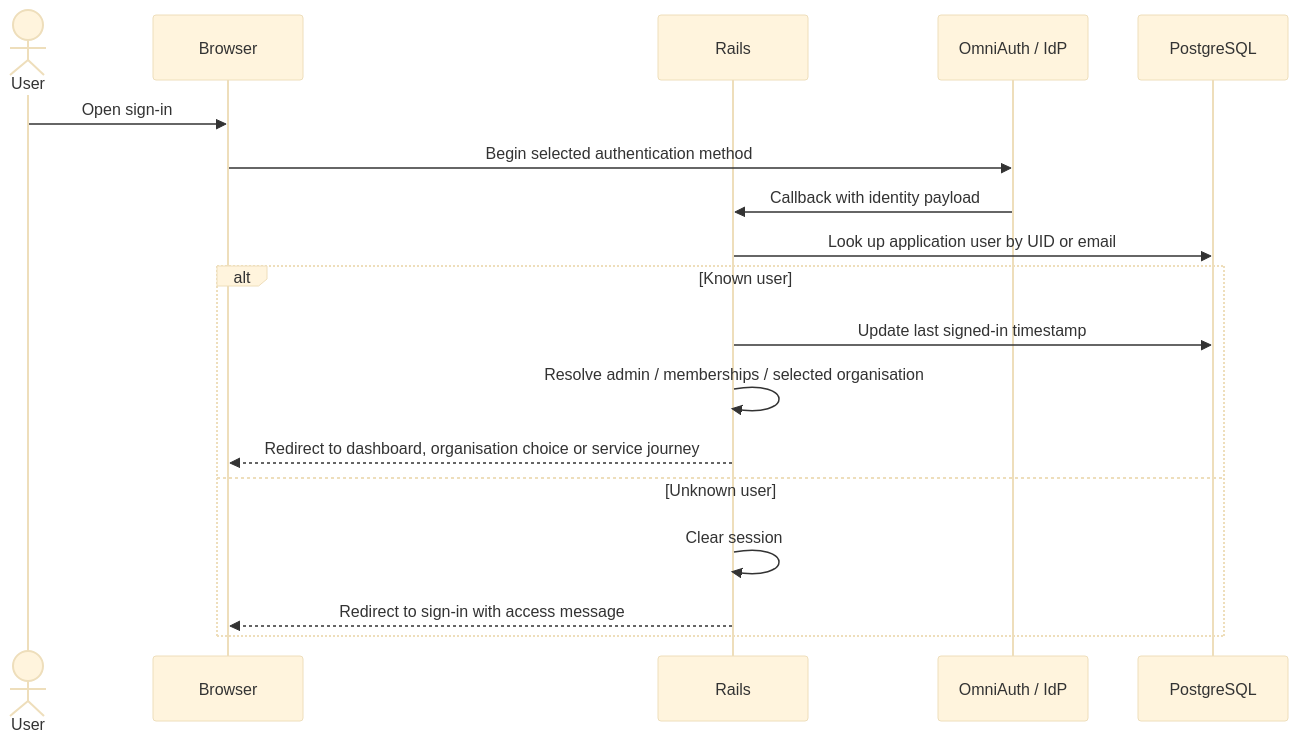
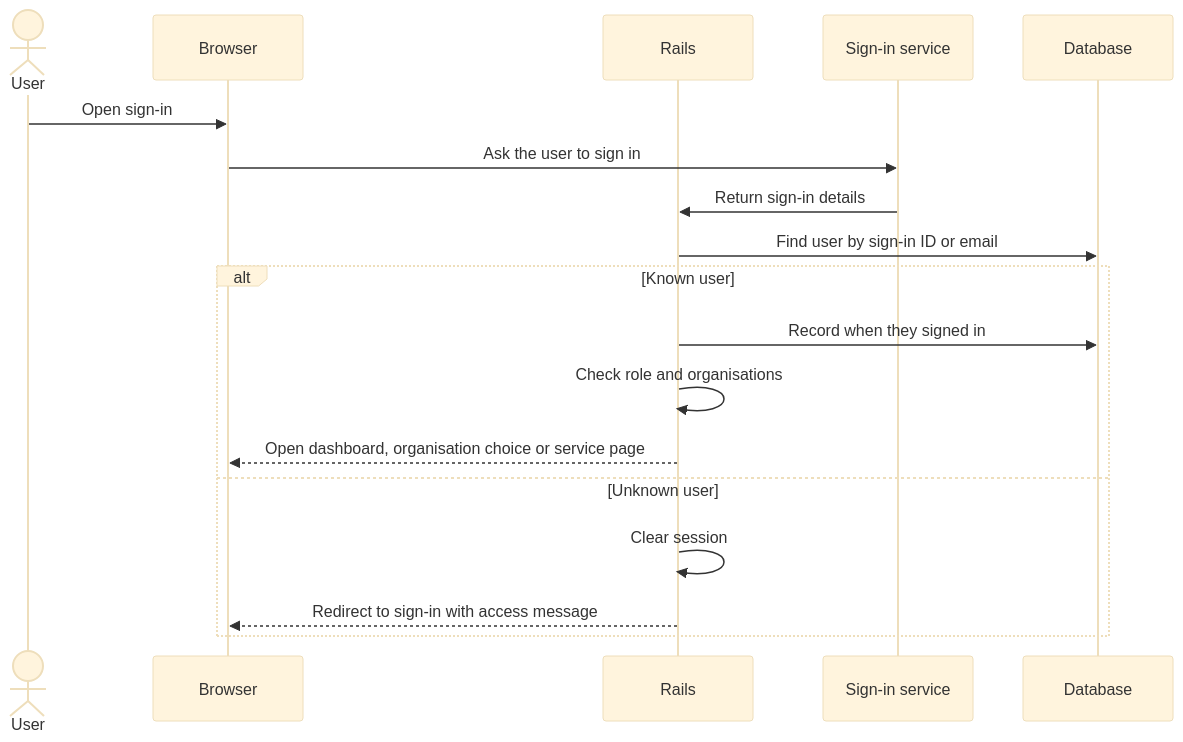
The first of 2 diagrams in docs/application-flows.md (DFE-Digital/find-placement-schools), drawn with Mermaid (base theme) before and after one commit. The commit also changed other lines of this file and 15 other files, not shown here.

````diff
--- a/docs/application-flows.md
+++ b/docs/application-flows.md
@@ -9,20 +14,20 @@
 ```mermaid
 sequenceDiagram
   actor User
   participant Browser
   participant Rails
-  participant Identity as OmniAuth / IdP
-  participant DB as PostgreSQL
+  participant Identity as Sign-in service
+  participant DB as Database
   User->>Browser: Open sign-in
-  Browser->>Identity: Begin selected authentication method
-  Identity->>Rails: Callback with identity payload
-  Rails->>DB: Look up application user by UID or email
+  Browser->>Identity: Ask the user to sign in
+  Identity->>Rails: Return sign-in details
+  Rails->>DB: Find user by sign-in ID or email
   alt Known user
-    Rails->>DB: Update last signed-in timestamp
-    Rails->>Rails: Resolve admin / memberships / selected organisation
-    Rails-->>Browser: Redirect to dashboard, organisation choice or service journey
+    Rails->>DB: Record when they signed in
+    Rails->>Rails: Check role and organisations
+    Rails-->>Browser: Open dashboard, organisation choice or service page
   else Unknown user
     Rails->>Rails: Clear session
     Rails-->>Browser: Redirect to sign-in with access message
   end
 ```
````
